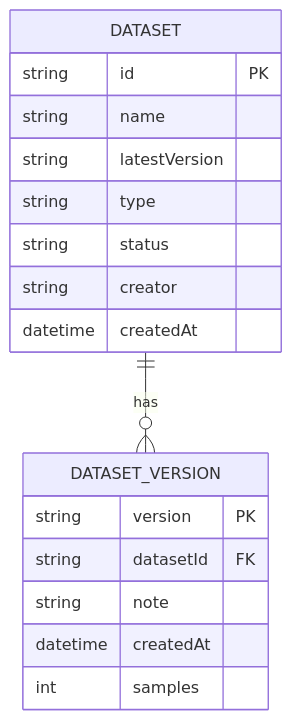
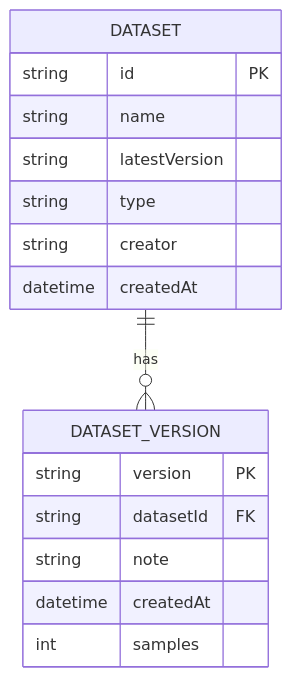
The first of 3 diagrams in src/pages/算力加速平台/数据管理/数据集管理/prd.md (MeehanCole/prototype-platform), drawn with Mermaid before and after one commit. The commit also changed other lines of this file and 10 other files, not shown here.

````diff
--- a/src/pages/算力加速平台/数据管理/数据集管理/prd.md
+++ b/src/pages/算力加速平台/数据管理/数据集管理/prd.md
@@ -233,20 +227,19 @@
 ```mermaid
 erDiagram
   DATASET ||--o{ DATASET_VERSION : has
   DATASET {
     string id PK
     string name
     string latestVersion
     string type
-    string status
     string creator
     datetime createdAt
   }
   DATASET_VERSION {
     string version PK
     string datasetId FK
     string note
     datetime createdAt
     int samples
   }
 ```
````
